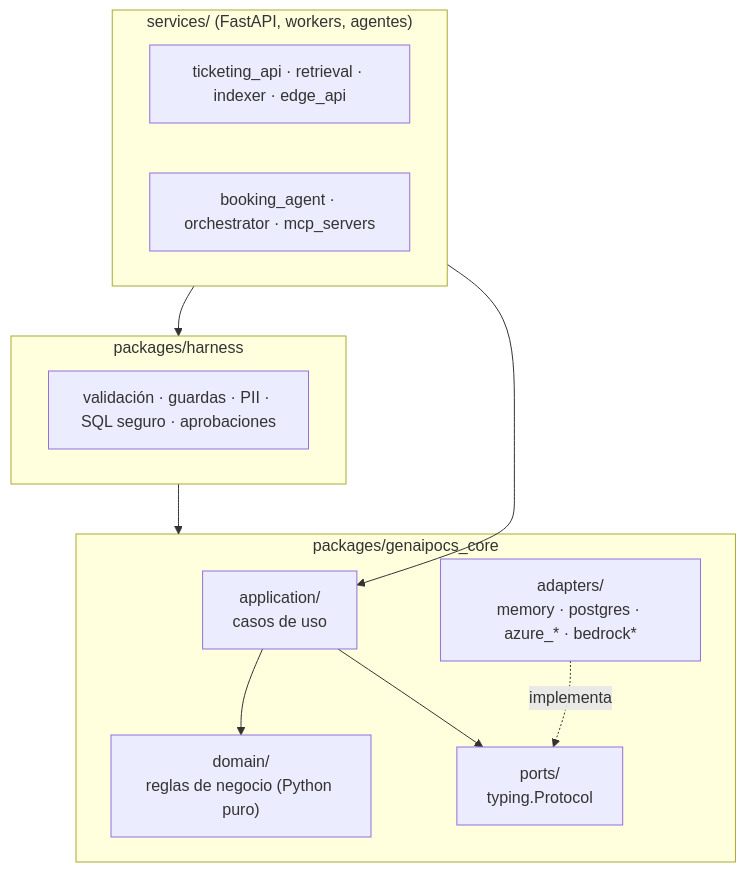
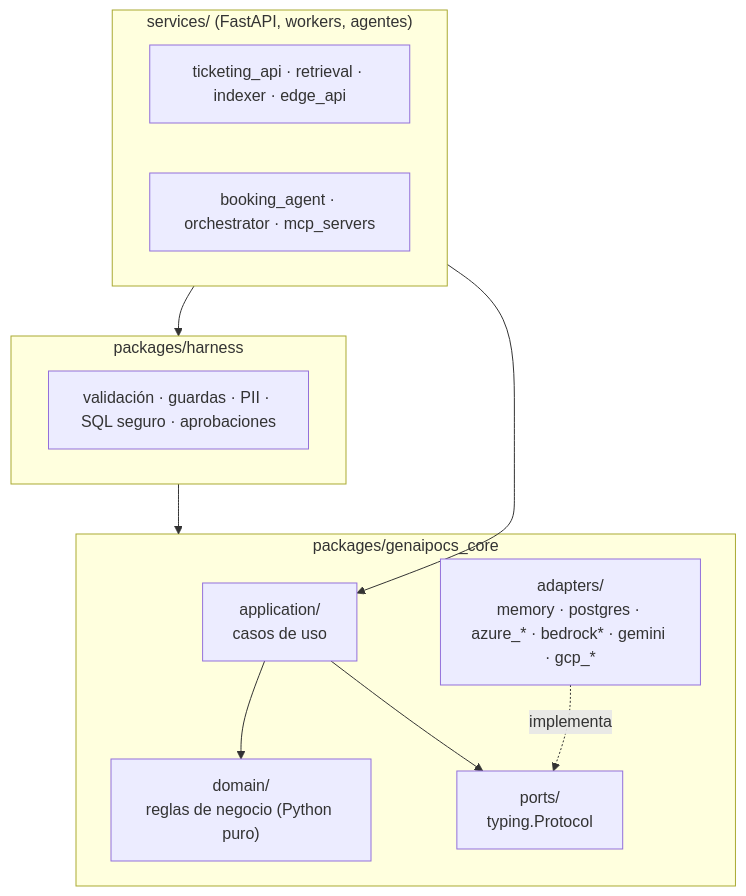
The second of 13 diagrams in docs/arquitectura.md (SergioVelmay/GenAI_PoCs), drawn with Mermaid before and after one commit. The commit also changed other lines of this file and 7 other files, not shown here.

````diff
--- a/docs/arquitectura.md
+++ b/docs/arquitectura.md
@@ -57,21 +58,21 @@
 ```mermaid
 flowchart TB
   subgraph SVC["services/ (FastAPI, workers, agentes)"]
     S1["ticketing_api · retrieval · indexer · edge_api"]
     S2["booking_agent · orchestrator · mcp_servers"]
   end
   subgraph HAR["packages/harness"]
     H1["validación · guardas · PII · SQL seguro · aprobaciones"]
   end
   subgraph CORE["packages/genaipocs_core"]
     APP["application/<br/>casos de uso"]
     DOM["domain/<br/>reglas de negocio (Python puro)"]
     PORTS["ports/<br/>typing.Protocol"]
-    ADP["adapters/<br/>memory · postgres · azure_* · bedrock*"]
+    ADP["adapters/<br/>memory · postgres · azure_* · bedrock* · gemini · gcp_*"]
   end
   SVC --> HAR --> CORE
   SVC --> APP
   APP --> DOM
   APP --> PORTS
   ADP -.->|"implementa"| PORTS
 ```
````
